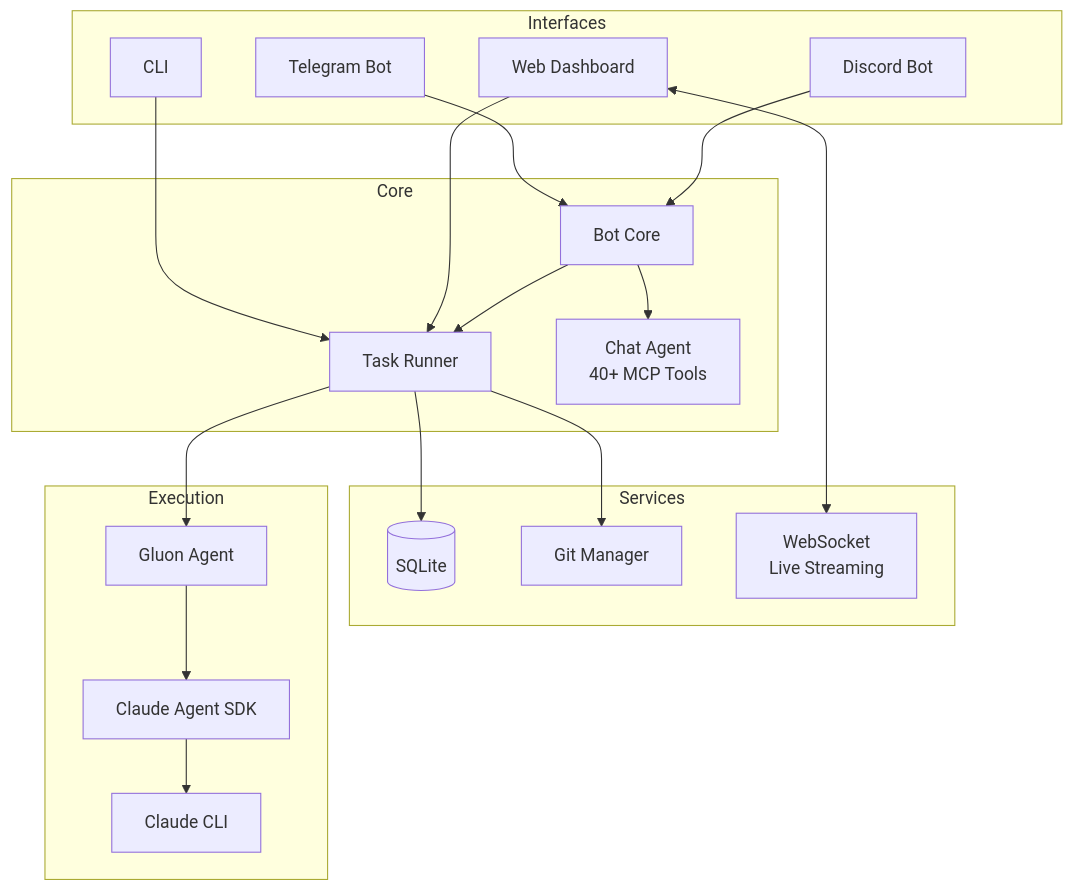
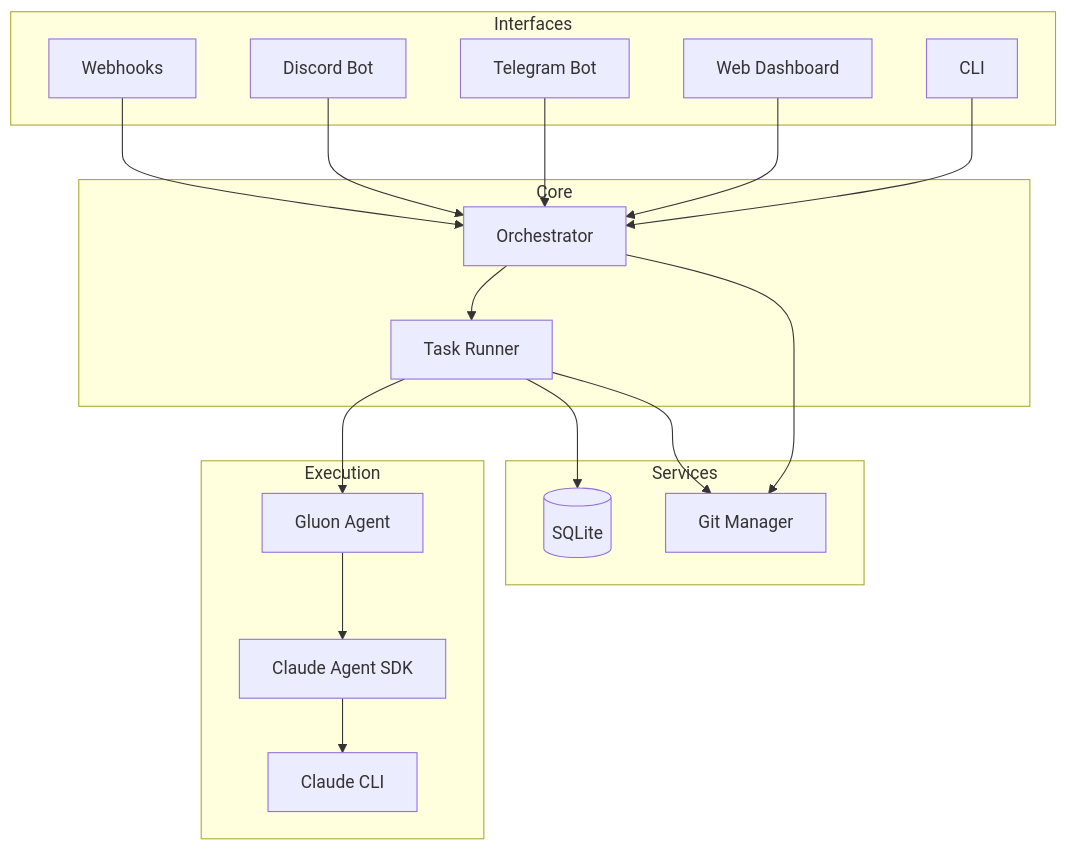
Before and after one commit to carrotly-ai/gluon-agent: the diagram in README.md, drawn with Mermaid.

Commit message:
docs: fix architecture diagram connections and add webhooks interface
- Connect all interfaces (CLI, Web, Telegram, Discord) to Orchestrator
- Add Orchestrator → Git Manager connection
- Add Webhooks as a new interface (target state)
- Simplify Core layer to show Orchestrator and Task Runner

🤖 Generated with [Claude Code](https://claude.com/claude-code)

````diff
--- a/README.md
+++ b/README.md
@@ -186,42 +186,41 @@
 ```mermaid
 graph TB
     subgraph Interfaces
         CLI[CLI]
         WEB[Web Dashboard]
         TG[Telegram Bot]
         DC[Discord Bot]
+        WH[Webhooks]
     end
 
     subgraph Core
-        BOTCORE[Bot Core]
+        ORCH[Orchestrator]
         RUNNER[Task Runner]
-        CHAT[Chat Agent<br/>40+ MCP Tools]
     end
 
     subgraph Services
         STORE[(SQLite)]
         GIT[Git Manager]
-        WS[WebSocket<br/>Live Streaming]
     end
 
     subgraph Execution
         AGENT[Gluon Agent]
         SDK[Claude Agent SDK]
         CLAUDE[Claude CLI]
     end
 
-    CLI --> RUNNER
-    WEB --> RUNNER
-    WEB <--> WS
-    TG --> BOTCORE
-    DC --> BOTCORE
+    CLI --> ORCH
+    WEB --> ORCH
+    TG --> ORCH
+    DC --> ORCH
+    WH --> ORCH
 
-    BOTCORE --> CHAT
-    BOTCORE --> RUNNER
+    ORCH --> RUNNER
+    ORCH --> GIT
     RUNNER --> STORE
     RUNNER --> GIT
     RUNNER --> AGENT
 
     AGENT --> SDK
     SDK --> CLAUDE
 ```
````
